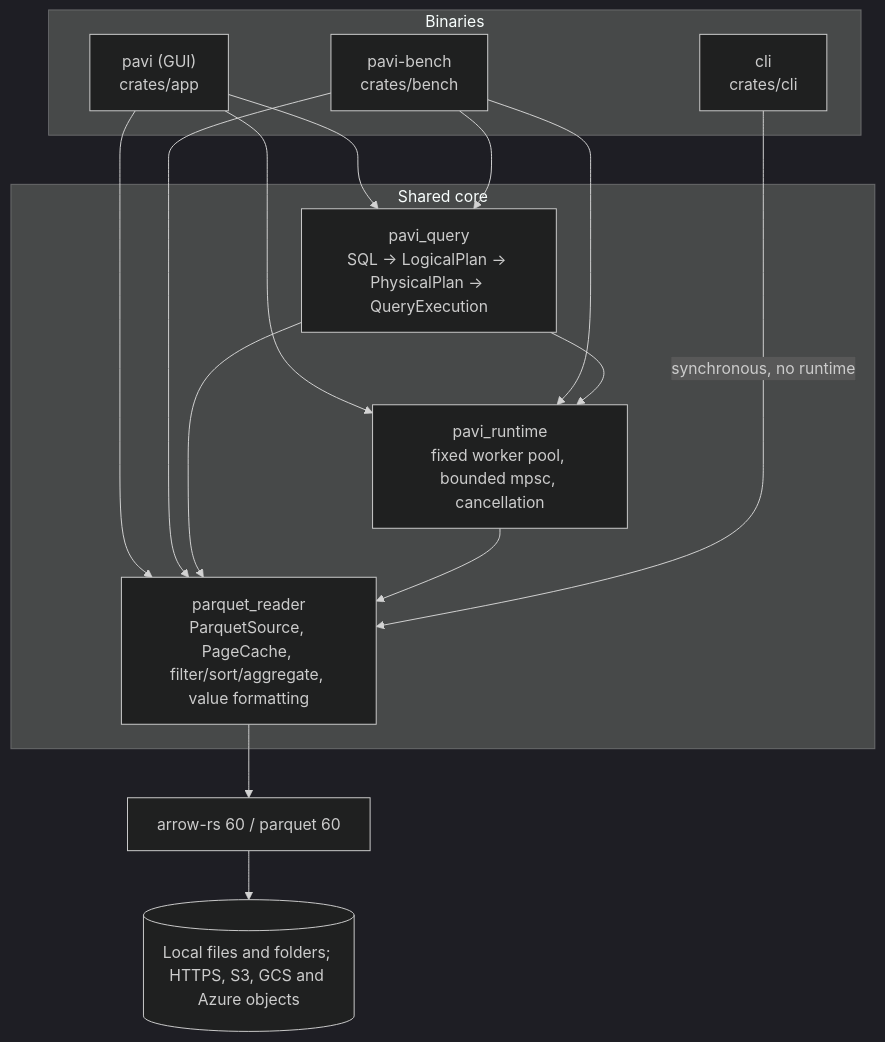
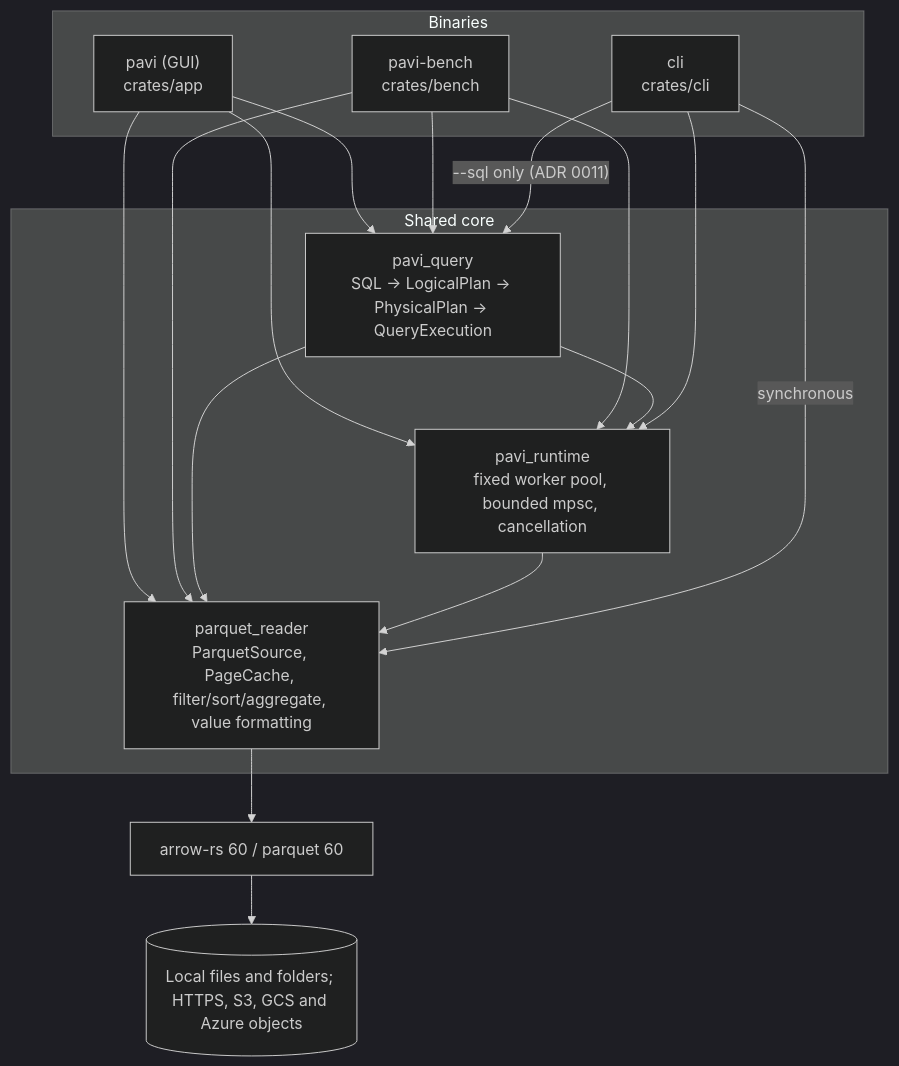
The diagram in docs/ARCHITECTURE.md (elshanhsynv/pavi), drawn with Mermaid (dark theme) before and after one commit. The commit also changed other lines of this file and 17 other files, not shown here.

First line of the commit message:
Run SQL from the CLI, joining other files by name

````diff
--- a/docs/ARCHITECTURE.md
+++ b/docs/ARCHITECTURE.md
@@ -15,27 +15,29 @@
 ```mermaid
 flowchart TB
     subgraph Binaries
         GUI["pavi (GUI)<br/>crates/app"]
         CLI["cli<br/>crates/cli"]
         BENCH["pavi-bench<br/>crates/bench"]
     end
     subgraph Shared core
         QUERY["pavi_query<br/>SQL → LogicalPlan → PhysicalPlan → QueryExecution"]
         RUNTIME["pavi_runtime<br/>fixed worker pool, bounded mpsc, cancellation"]
         PQ["parquet_reader<br/>ParquetSource, PageCache, filter/sort/aggregate, value formatting"]
     end
     ARROW["arrow-rs 60 / parquet 60"]
     FS[("Local files and folders; HTTPS, S3, GCS and Azure objects")]
 
     GUI --> QUERY
     GUI --> RUNTIME
     GUI --> PQ
     BENCH --> QUERY
     BENCH --> RUNTIME
     BENCH --> PQ
     QUERY --> RUNTIME
     QUERY --> PQ
     RUNTIME --> PQ
-    CLI -->|"synchronous, no runtime"| PQ
+    CLI -->|"synchronous"| PQ
+    CLI -->|"--sql only (ADR 0011)"| QUERY
+    CLI --> RUNTIME
     PQ --> ARROW --> FS
 ```
````
